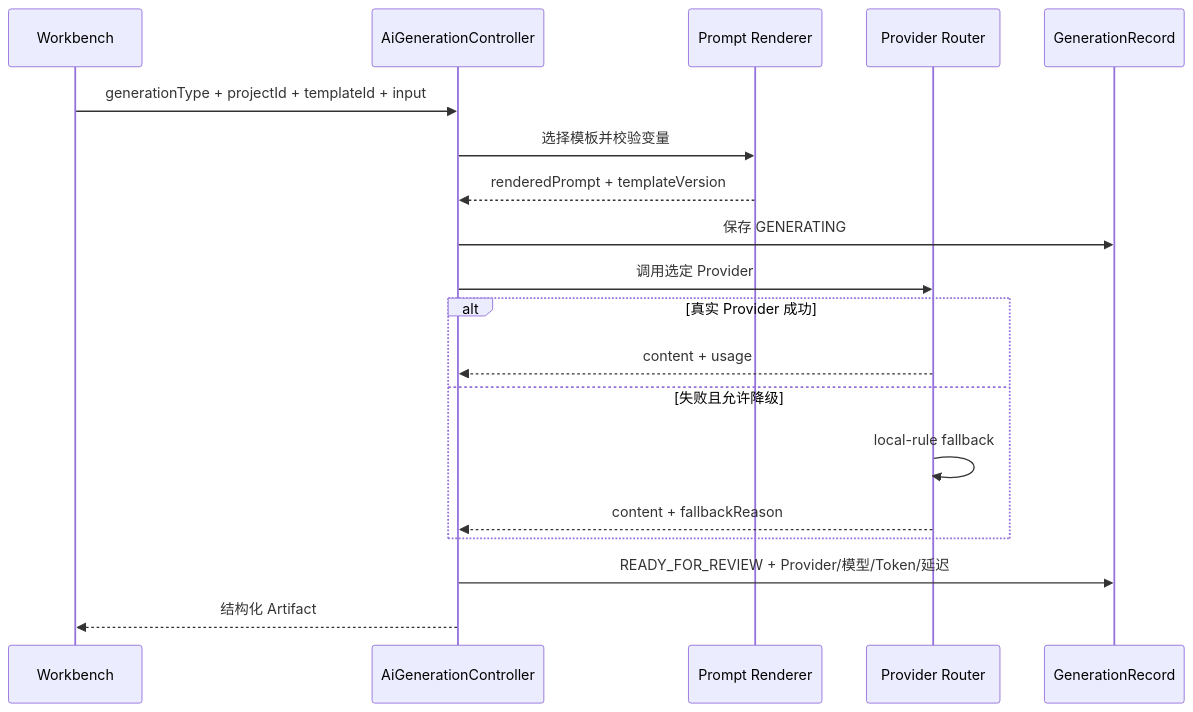
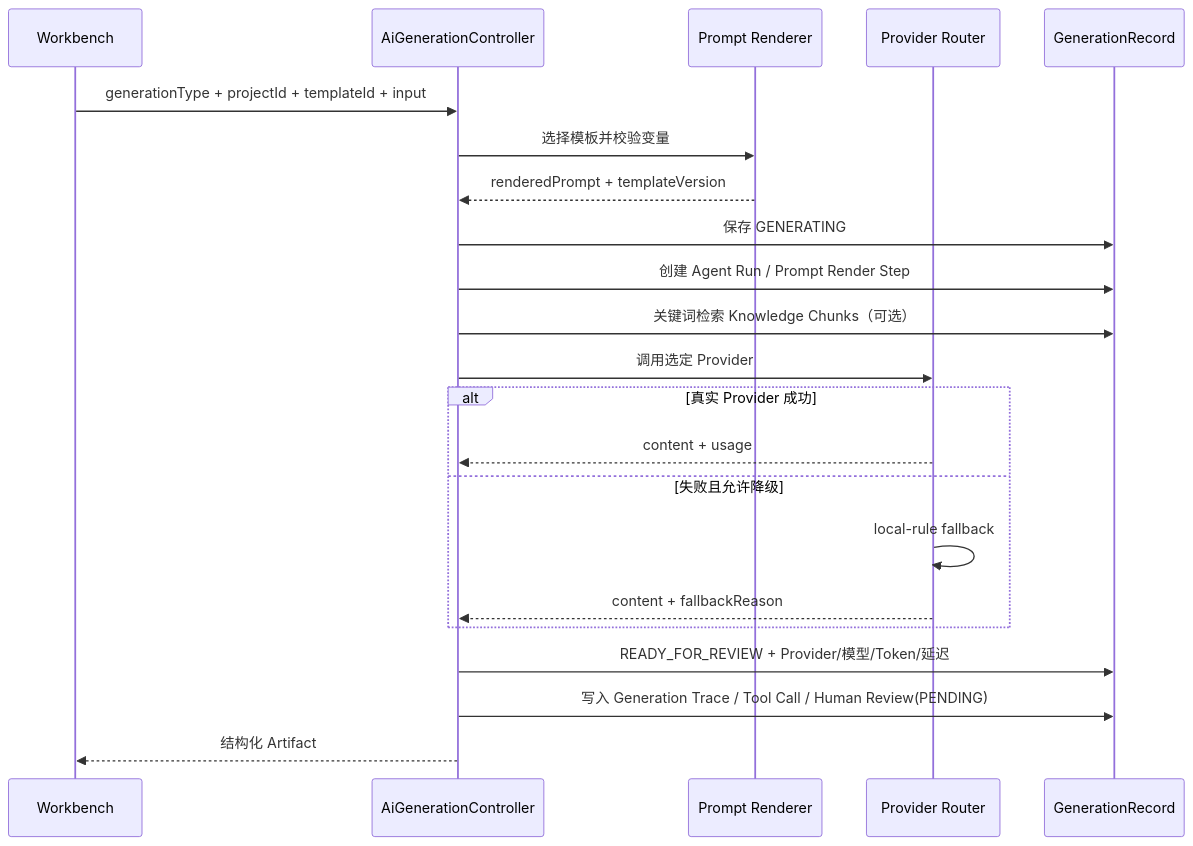
One commit to jameswilson87156-del/devflow-copilot changed the second of 3 diagrams in docs/architecture.md. Above: the diagram before and after it, drawn with Mermaid. The commit also changed other lines of this file and 23 other files, not shown here.

````diff
--- a/docs/architecture.md
+++ b/docs/architecture.md
@@ -22,22 +25,25 @@
 ```mermaid
 sequenceDiagram
   participant UI as Workbench
   participant API as AiGenerationController
   participant T as Prompt Renderer
   participant P as Provider Router
   participant DB as GenerationRecord
 
   UI->>API: generationType + projectId + templateId + input
   API->>T: 选择模板并校验变量
   T-->>API: renderedPrompt + templateVersion
   API->>DB: 保存 GENERATING
+  API->>DB: 创建 Agent Run / Prompt Render Step
+  API->>DB: 关键词检索 Knowledge Chunks（可选）
   API->>P: 调用选定 Provider
   alt 真实 Provider 成功
     P-->>API: content + usage
   else 失败且允许降级
     P->>P: local-rule fallback
     P-->>API: content + fallbackReason
   end
   API->>DB: READY_FOR_REVIEW + Provider/模型/Token/延迟
+  API->>DB: 写入 Generation Trace / Tool Call / Human Review(PENDING)
   API-->>UI: 结构化 Artifact
 ```
````
